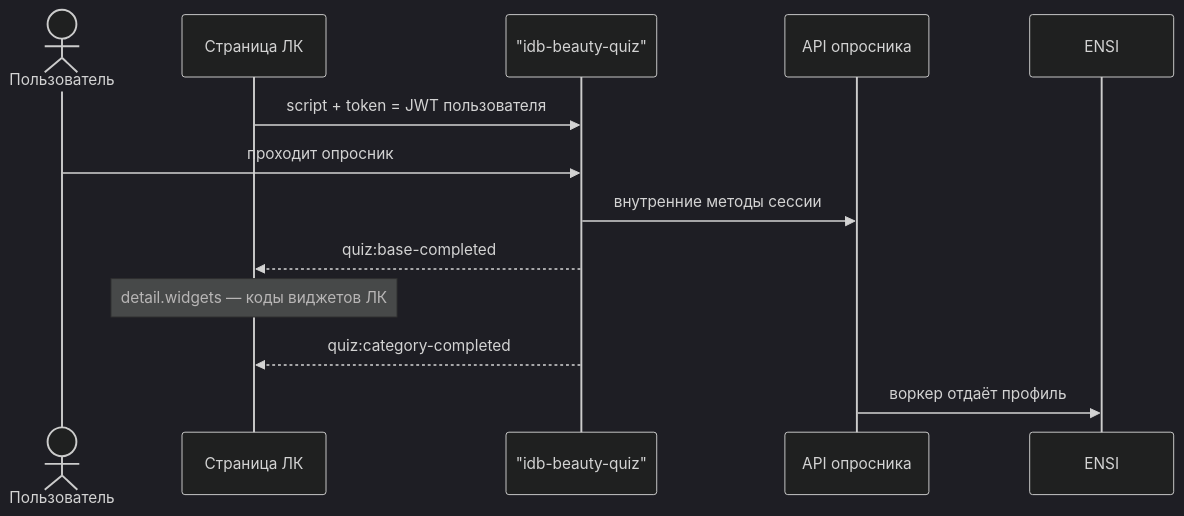
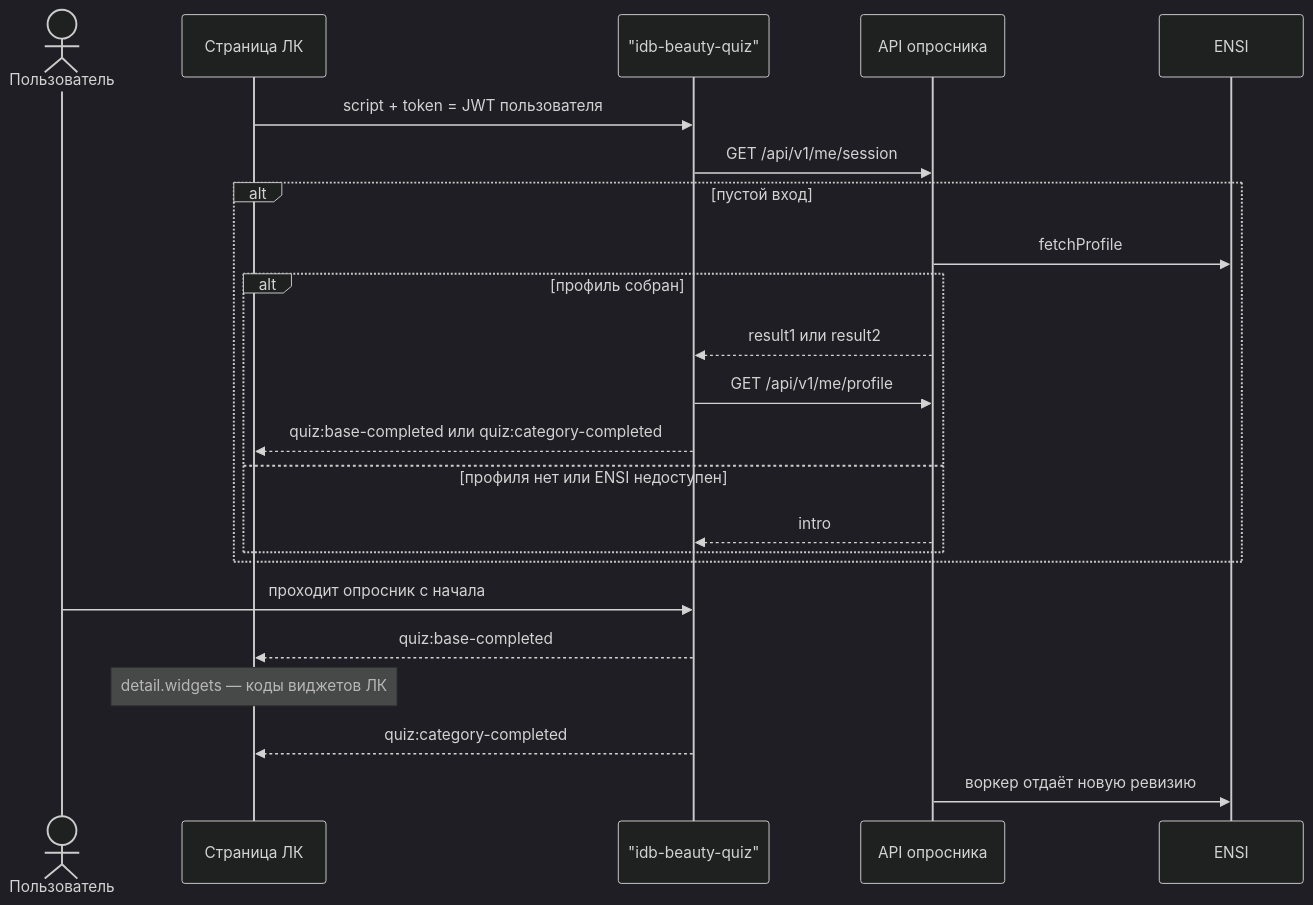
The first of 2 diagrams in docs/INTEGRATION.md (pomazkoff/idb-beauty-passport), drawn with Mermaid (dark theme) before and after one commit. The commit also changed other lines of this file and 21 other files, not shown here.

First line of the commit message:
feat: читать профиль из ENSI при входе и зафиксировать прод ИДБ

````diff
--- a/docs/INTEGRATION.md
+++ b/docs/INTEGRATION.md
@@ -16,16 +16,26 @@
 ```mermaid
 sequenceDiagram
   actor User as Пользователь
   participant LK as Страница ЛК
   participant W as "idb-beauty-quiz"
   participant API as API опросника
   participant ENSI as ENSI
 
   LK->>W: script + token = JWT пользователя
-  User->>W: проходит опросник
-  W->>API: внутренние методы сессии
+  W->>API: GET /api/v1/me/session
+  alt пустой вход
+    API->>ENSI: fetchProfile
+    alt профиль собран
+      API-->>W: result1 или result2
+      W->>API: GET /api/v1/me/profile
+      W-->>LK: quiz:base-completed или quiz:category-completed
+    else профиля нет или ENSI недоступен
+      API-->>W: intro
+    end
+  end
+  User->>W: проходит опросник с начала
   W-->>LK: quiz:base-completed
   Note over LK: detail.widgets — коды виджетов ЛК
   W-->>LK: quiz:category-completed
-  API->>ENSI: воркер отдаёт профиль
+  API->>ENSI: воркер отдаёт новую ревизию
 ```
````
